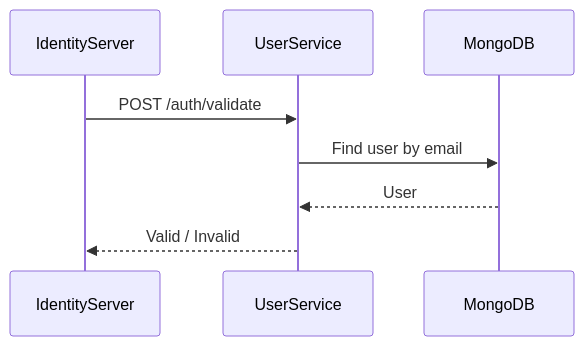
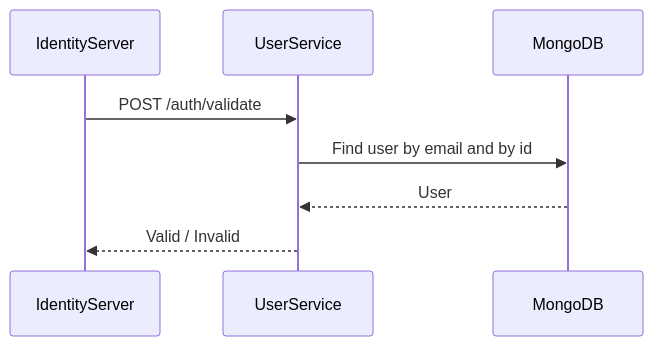
One commit to AboubacarSow/task-management-microservice changed the fourth of 14 diagrams in README.md. Above: the diagram before and after it, drawn with Mermaid. The commit also changed other lines of this file, not shown here.

````diff
--- a/README.md
+++ b/README.md
@@ -192,12 +192,12 @@
 ```mermaid
 sequenceDiagram
     participant IdentityServer
     participant UserService
     participant MongoDB
 
     IdentityServer->>UserService: POST /auth/validate
-    UserService->>MongoDB: Find user by email
+    UserService->>MongoDB: Find user by email and by id
     MongoDB-->>UserService: User
 
     UserService-->>IdentityServer: Valid / Invalid
 ```
````
